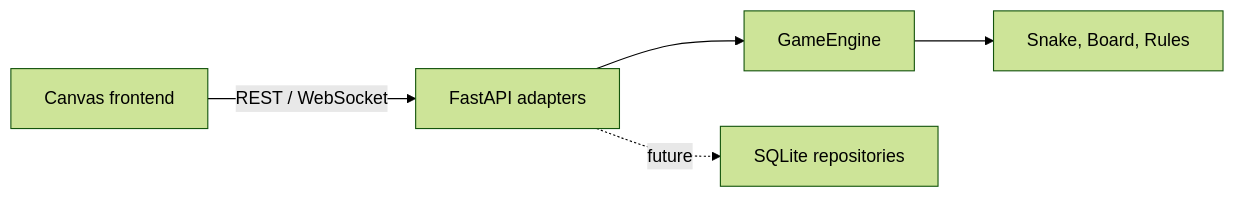
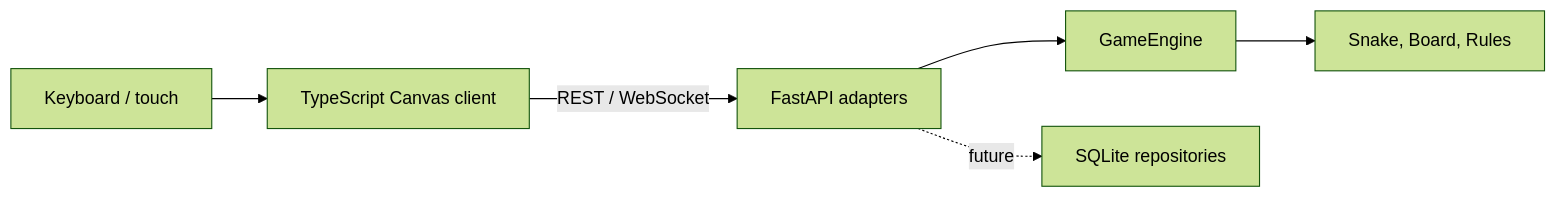
The diagram in docs/architecture/overview.md (ddeveloper72/classic-snake-byte), drawn with Mermaid (forest theme) before and after one commit. The commit also changed other lines of this file and 11 other files, not shown here.

First line of the commit message:
Add playable Canvas frontend

````diff
--- a/docs/architecture/overview.md
+++ b/docs/architecture/overview.md
@@ -8,7 +8,8 @@
 ```mermaid
 flowchart LR
-    Browser[Canvas frontend] -->|REST / WebSocket| API[FastAPI adapters]
+    Input[Keyboard / touch] --> Browser[TypeScript Canvas client]
+    Browser -->|REST / WebSocket| API[FastAPI adapters]
     API --> Engine[GameEngine]
     Engine --> Domain[Snake, Board, Rules]
     API -. future .-> Repository[SQLite repositories]
 ```
````
